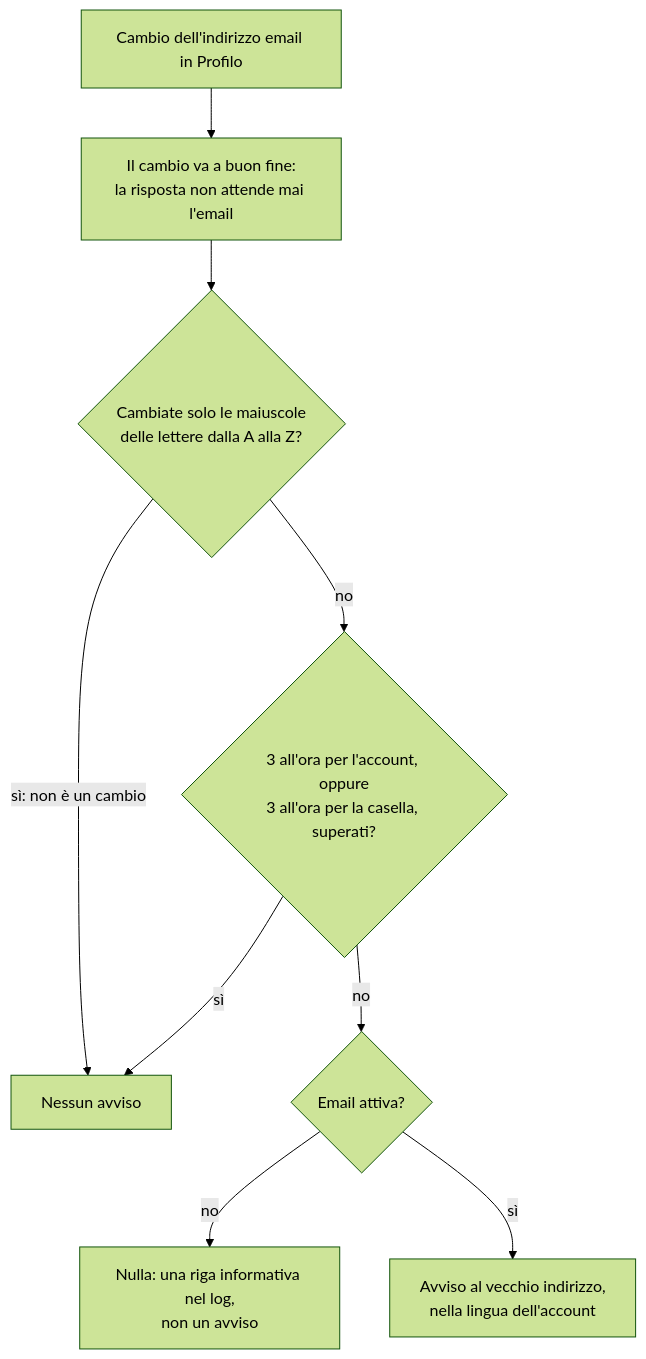
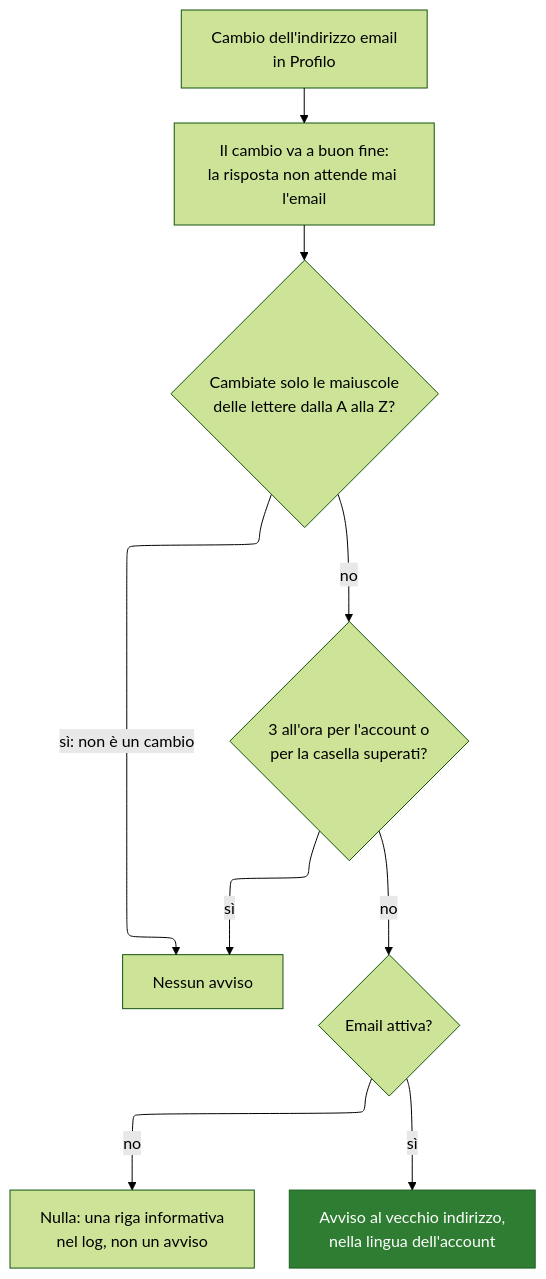
Before and after one commit to Librefolio/LibreFolio: diagram 18 of 18 in mkdocs_src/docs/admin/email_flows.it.md, drawn with Mermaid (forest theme). The commit also changed other lines of this file, not shown here.

Commit message:
docs(admin): email flows diagrams small and separate, ELK where it reads better (it)

````diff
--- a/mkdocs_src/docs/admin/email_flows.it.md
+++ b/mkdocs_src/docs/admin/email_flows.it.md
@@ -489,11 +607,17 @@
 ```mermaid
+---
+config:
+  layout: elk
+---
 flowchart TD
-    CH["Cambio dell'indirizzo email in Profilo"] --> OK["Il cambio va a buon fine:<br>la risposta non attende mai l'email"]
+    CH["Cambio dell'indirizzo email<br>in Profilo"] --> OK["Il cambio va a buon fine:<br>la risposta non attende mai l'email"]
     OK --> CASE{"Cambiate solo le maiuscole<br>delle lettere dalla A alla Z?"}
     CASE -->|"sì: non è un cambio"| SKIP["Nessun avviso"]
-    CASE -->|"no"| LIM{"3 all'ora per l'account, oppure<br>3 all'ora per la casella, superati?"}
+    CASE -->|"no"| LIM{"3 all'ora per l'account o<br>per la casella superati?"}
     LIM -->|"sì"| SKIP
     LIM -->|"no"| EN{"Email attiva?"}
-    EN -->|"no"| LOG["Nulla: una riga informativa nel log,<br>non un avviso"]
+    EN -->|"no"| LOG["Nulla: una riga informativa<br>nel log, non un avviso"]
     EN -->|"sì"| SEND["Avviso al vecchio indirizzo,<br>nella lingua dell'account"]
+    classDef ok fill:#2e7d32,stroke:#1b5e20,color:#ffffff
+    class SEND ok
 ```
````
